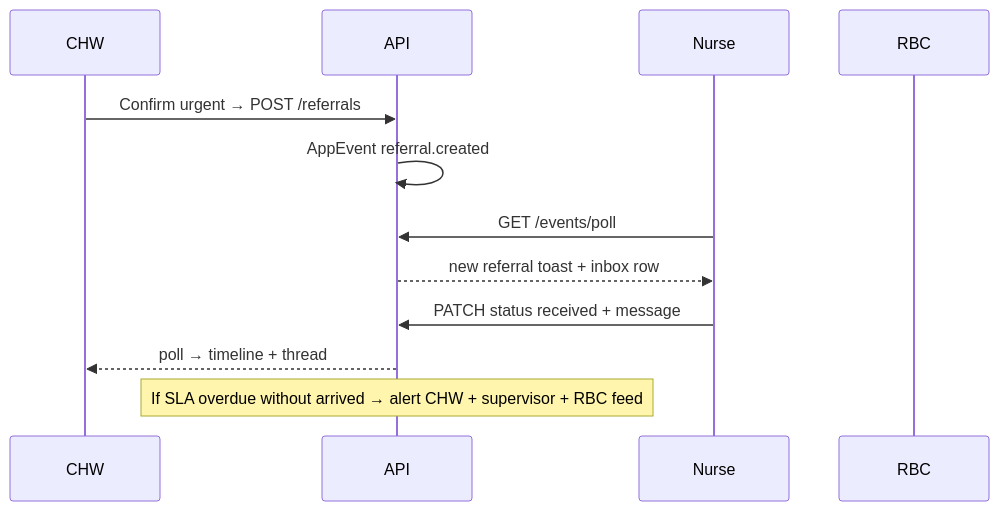
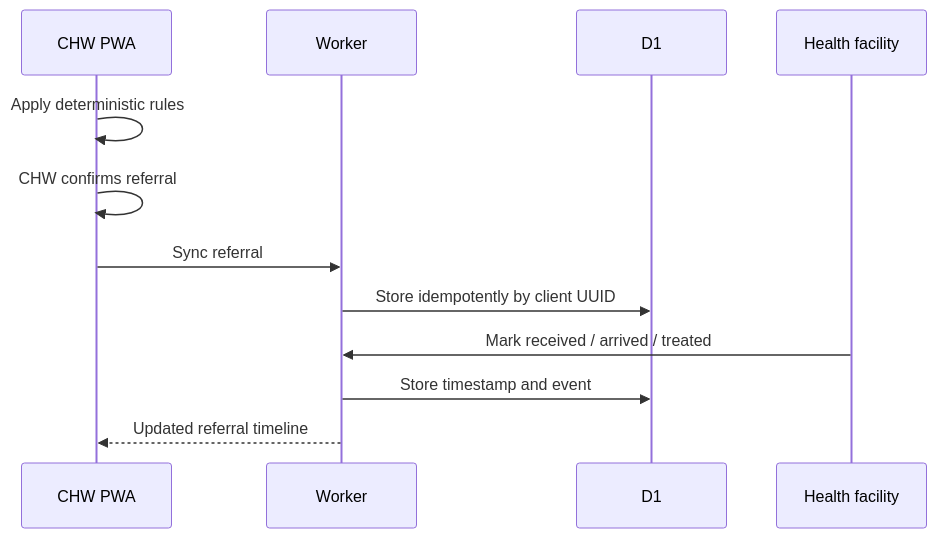
The second of 2 diagrams in docs/architecture.md (Ashuza11/ZeroMalaria), drawn with Mermaid before and after one commit. The commit also changed other lines of this file and 147 other files, not shown here.

````diff
--- a/docs/architecture.md
+++ b/docs/architecture.md
@@ -84,14 +32,14 @@
 ```mermaid
 sequenceDiagram
-  participant CHW
-  participant API
-  participant Nurse
-  participant RBC
-  CHW->>API: Confirm urgent → POST /referrals
-  API->>API: AppEvent referral.created
-  Nurse->>API: GET /events/poll
-  API-->>Nurse: new referral toast + inbox row
-  Nurse->>API: PATCH status received + message
-  API-->>CHW: poll → timeline + thread
-  Note over API: If SLA overdue without arrived → alert CHW + supervisor + RBC feed
+  participant C as CHW PWA
+  participant W as Worker
+  participant D as D1
+  participant H as Health facility
+  C->>C: Apply deterministic rules
+  C->>C: CHW confirms referral
+  C->>W: Sync referral
+  W->>D: Store idempotently by client UUID
+  H->>W: Mark received / arrived / treated
+  W->>D: Store timestamp and event
+  W-->>C: Updated referral timeline
 ```
````
